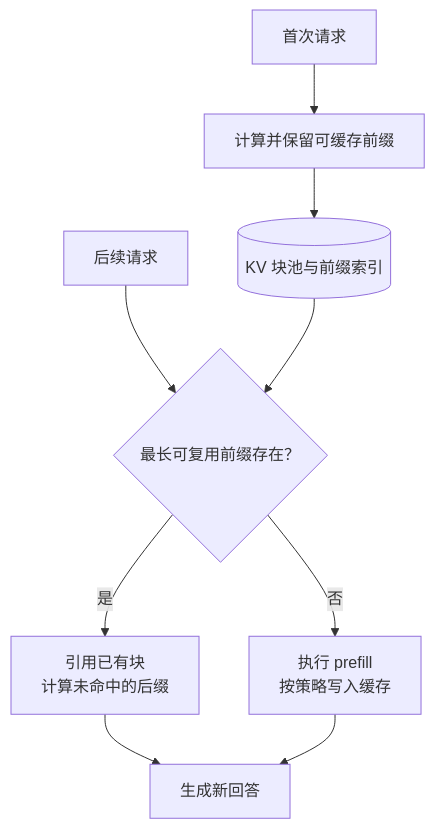
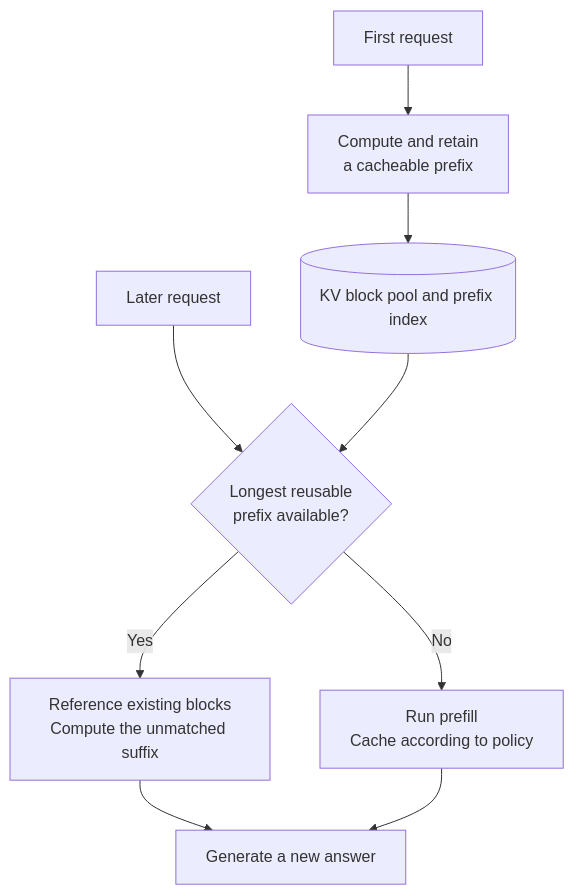
The diagram in docs/llm/03-inference-serving/14-kv-cache.md (oneleaveknowsthefall/awesome-ai-roadmap), drawn with Mermaid before and after one commit. The commit also changed other lines of this file and 92 other files, not shown here.

````diff
--- a/docs/llm/03-inference-serving/14-kv-cache.md
+++ b/docs/llm/03-inference-serving/14-kv-cache.md
@@ -103,11 +103,11 @@
 ```mermaid
 flowchart TB
-    R1["首次请求"] --> C1["计算并保留可缓存前缀"]
-    C1 --> POOL[("KV 块池与前缀索引")]
-    R2["后续请求"] --> M{"最长可复用前缀存在？"}
+    R1["First request"] --> C1["Compute and retain<br/>a cacheable prefix"]
+    C1 --> POOL[("KV block pool and prefix index")]
+    R2["Later request"] --> M{"Longest reusable<br/>prefix available?"}
     POOL --> M
-    M -->|是| HIT["引用已有块<br/>计算未命中的后缀"]
-    M -->|否| MISS["执行 prefill<br/>按策略写入缓存"]
-    HIT --> D["生成新回答"]
+    M -->|Yes| HIT["Reference existing blocks<br/>Compute the unmatched suffix"]
+    M -->|No| MISS["Run prefill<br/>Cache according to policy"]
+    HIT --> D["Generate a new answer"]
     MISS --> D
 ```
````
